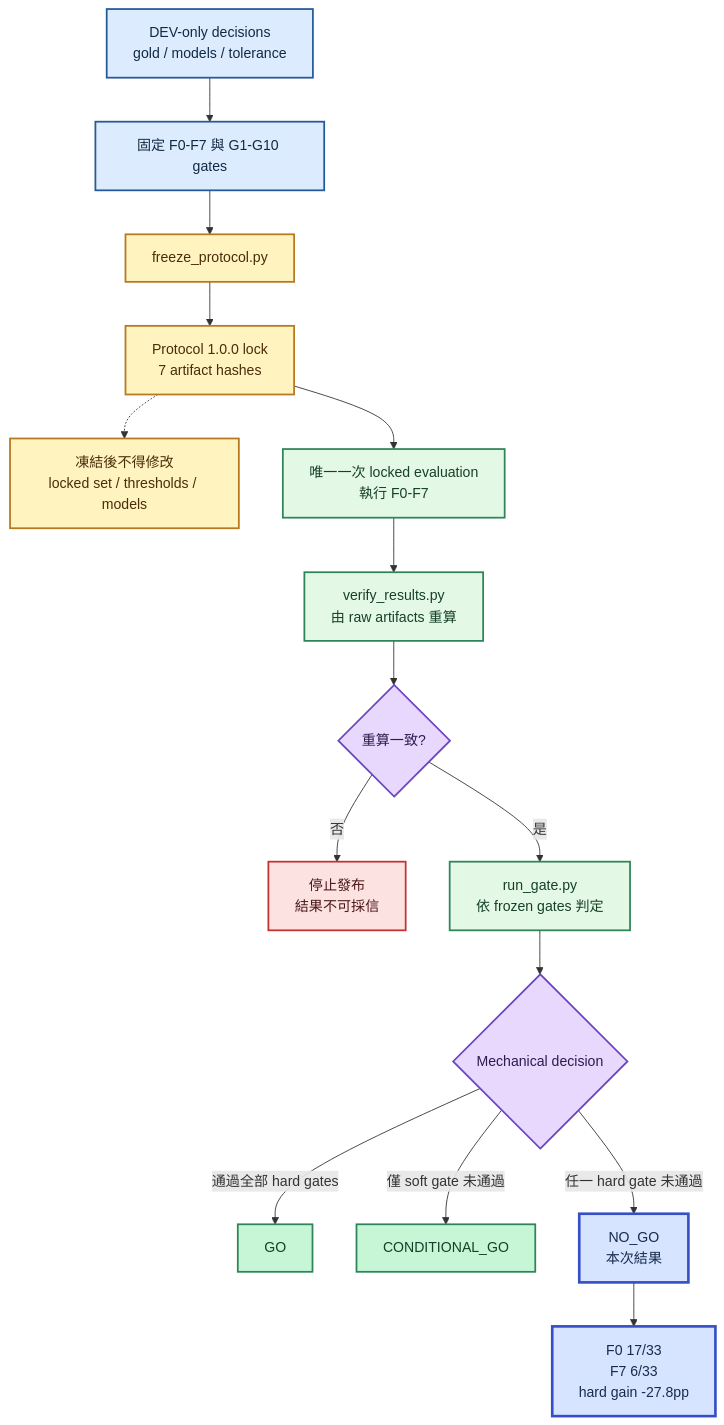
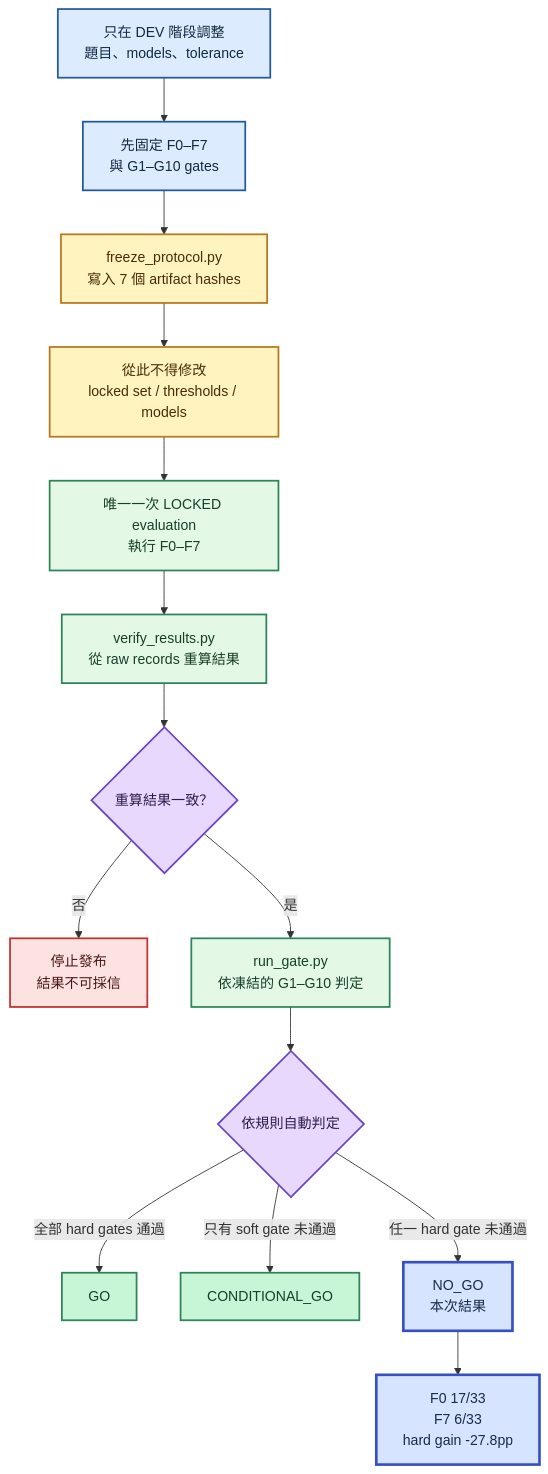
Before and after one commit to kuotunyu/tw-filing-intelligence: the fourth of 4 diagrams in docs/superpowers/plans/2026-08-03-readme-mermaid-diagrams.md, drawn with Mermaid. The commit also changed other lines of this file, not shown here.

Commit message:
規劃 Mermaid 清楚度修正

````diff
--- a/docs/superpowers/plans/2026-08-03-readme-mermaid-diagrams.md
+++ b/docs/superpowers/plans/2026-08-03-readme-mermaid-diagrams.md
@@ -134,33 +139,32 @@
 ```mermaid
 flowchart TD
-    Dev["DEV-only decisions<br/>gold / models / tolerance"] --> Register["固定 F0-F7 與 G1-G10 gates"]
-    Register --> Freeze["freeze_protocol.py"]
-    Freeze --> Lock["Protocol 1.0.0 lock<br/>7 artifact hashes"]
-    Lock -.-> Rule["凍結後不得修改<br/>locked set / thresholds / models"]
-    Lock --> Eval["唯一一次 locked evaluation<br/>執行 F0-F7"]
-    Eval --> Recompute["verify_results.py<br/>由 raw artifacts 重算"]
-    Recompute --> Verified{"重算一致?"}
+    Dev["只在 DEV 階段調整<br/>題目、models、tolerance"] --> Register["先固定 F0–F7<br/>與 G1–G10 gates"]
+    Register --> Freeze["freeze_protocol.py<br/>寫入 7 個 artifact hashes"]
+    Freeze --> Rule["從此不得修改<br/>locked set / thresholds / models"]
+    Rule --> Eval["唯一一次 LOCKED evaluation<br/>執行 F0–F7"]
+    Eval --> Recompute["verify_results.py<br/>從 raw records 重算結果"]
+    Recompute --> Verified{"重算結果一致？"}
     Verified -->|"否"| Stop["停止發布<br/>結果不可採信"]
-    Verified -->|"是"| Gate["run_gate.py<br/>依 frozen gates 判定"]
-    Gate --> Decision{"Mechanical decision"}
-    Decision -->|"通過全部 hard gates"| Go["GO"]
-    Decision -->|"僅 soft gate 未通過"| Conditional["CONDITIONAL_GO"]
+    Verified -->|"是"| Gate["run_gate.py<br/>依凍結的 G1–G10 判定"]
+    Gate --> Decision{"依規則自動判定"}
+    Decision -->|"全部 hard gates 通過"| Go["GO"]
+    Decision -->|"只有 soft gate 未通過"| Conditional["CONDITIONAL_GO"]
     Decision -->|"任一 hard gate 未通過"| NoGo["NO_GO<br/>本次結果"]
     NoGo --> Result["F0 17/33<br/>F7 6/33<br/>hard gain -27.8pp"]
 
     classDef dev fill:#DDEBFF,stroke:#245A9A,stroke-width:2px,color:#102A43
     classDef frozen fill:#FFF3BF,stroke:#B7791F,stroke-width:2px,color:#4A2C0A
     classDef process fill:#E3F9E5,stroke:#2F855A,stroke-width:2px,color:#173F2A
     classDef decision fill:#E9D8FD,stroke:#6B46C1,stroke-width:2px,color:#2D1B4E
     classDef invalid fill:#FDE2E2,stroke:#C53030,stroke-width:2px,color:#4A1717
     classDef outcome fill:#C6F6D5,stroke:#2F855A,stroke-width:2px,color:#173F2A
     classDef actual fill:#D6E4FF,stroke:#364FC7,stroke-width:3px,color:#172B4D
 
     class Dev,Register dev
-    class Freeze,Lock,Rule frozen
+    class Freeze,Rule frozen
     class Eval,Recompute,Gate process
     class Verified,Decision decision
     class Stop invalid
     class Go,Conditional outcome
     class NoGo,Result actual
 ```
````
